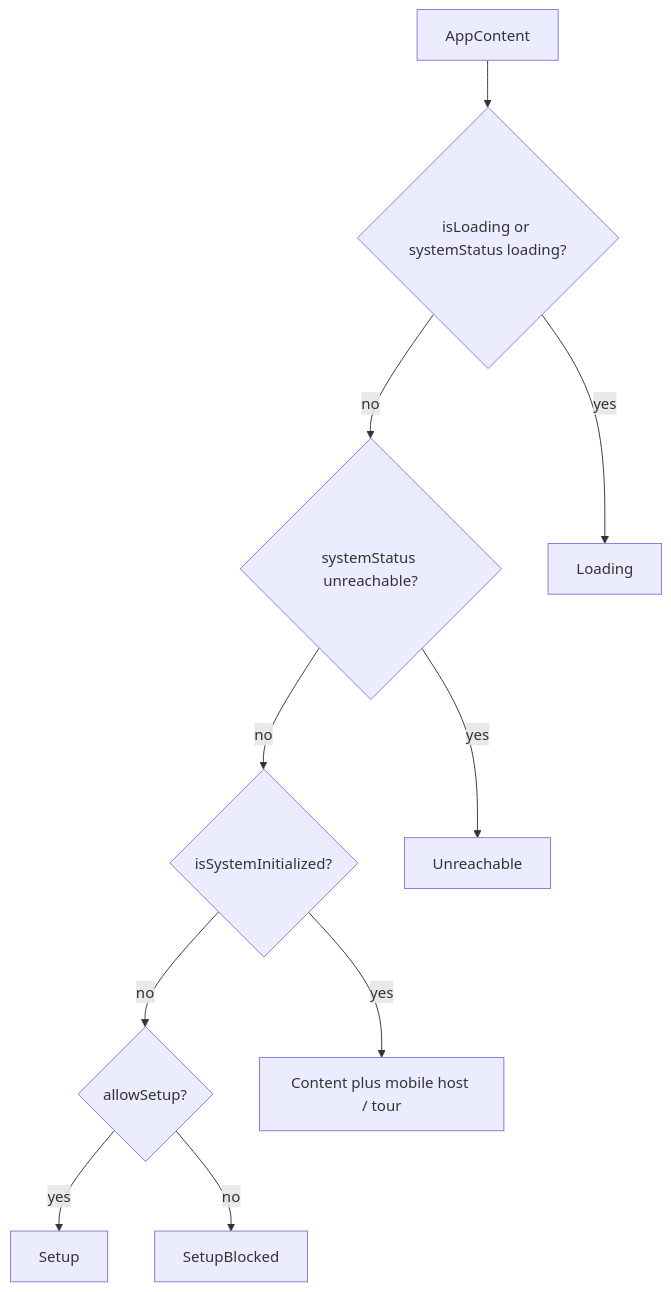
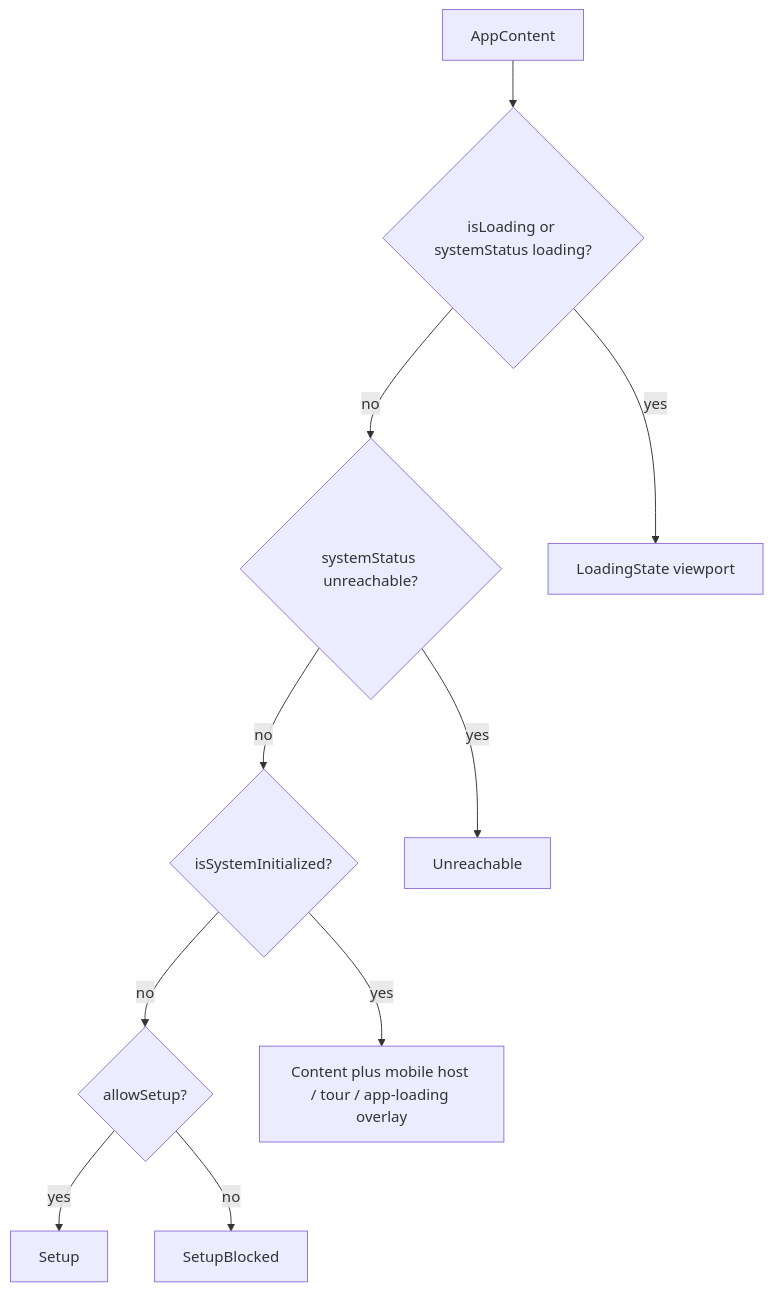
One commit to Tech180/giftistry-react changed the diagram in src/app/components/README.md. Above: the diagram before and after it, drawn with Mermaid. The commit also changed other lines of this file and 81 other files, not shown here.

````diff
--- a/src/app/components/README.md
+++ b/src/app/components/README.md
@@ -11,23 +11,23 @@
 ```mermaid
 flowchart TD
   start[AppContent]
   loading{"isLoading or systemStatus loading?"}
   unreachable{"systemStatus unreachable?"}
   init{"isSystemInitialized?"}
   allow{"allowSetup?"}
-  loadingNode[Loading]
+  loadingNode["LoadingState viewport"]
   unreachableNode[Unreachable]
   setupNode[Setup]
   blockedNode[SetupBlocked]
-  contentNode[Content plus mobile host / tour]
+  contentNode[Content plus mobile host / tour / app-loading overlay]
 
   start --> loading
   loading -->|yes| loadingNode
   loading -->|no| unreachable
   unreachable -->|yes| unreachableNode
   unreachable -->|no| init
   init -->|no| allow
   allow -->|yes| setupNode
   allow -->|no| blockedNode
   init -->|yes| contentNode
 ```
````
